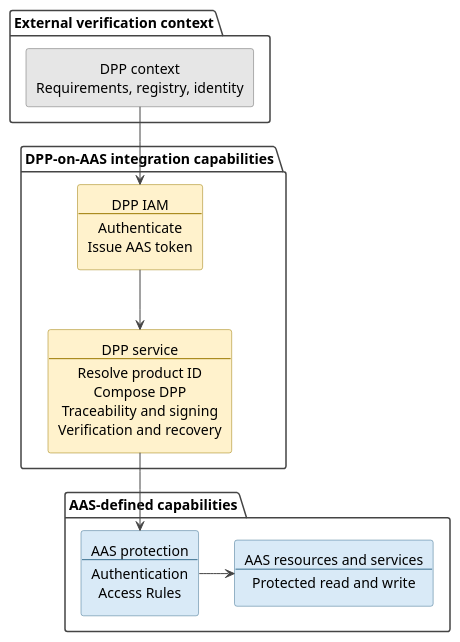
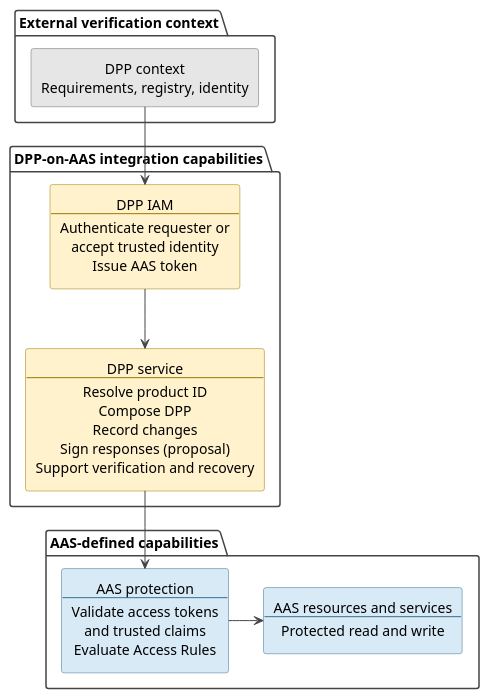
One commit to Martin187187/aas-specs-security changed the diagram in documentation/IDTA-01004/modules/ROOT/partials/diagrams/dpp-secure-aas-backbone.puml. Above: the diagram before and after it, drawn with PlantUML. The commit also changed 5 other files, not shown here.

```diff
--- a/documentation/IDTA-01004/modules/ROOT/partials/diagrams/dpp-secure-aas-backbone.puml
+++ b/documentation/IDTA-01004/modules/ROOT/partials/diagrams/dpp-secure-aas-backbone.puml
@@ -1,48 +1,48 @@
 @startuml
 ' Copyright (c) 2026 Industrial Digital Twin Association
 ' SPDX-License-Identifier: CC-BY-4.0
 
 top to bottom direction
 skinparam shadowing false
 skinparam componentStyle rectangle
 skinparam defaultTextAlignment center
 skinparam ArrowColor #444444
 skinparam linetype ortho
 skinparam package {
   BackgroundColor #FFFFFF
   BorderColor #444444
 }
 skinparam component {
   BackgroundColor #FFFFFF
   BorderColor #444444
   BackgroundColor<<AAS>> #D9EAF7
   BorderColor<<AAS>> #3A6F8F
   BackgroundColor<<DPPIntegration>> #FFF2CC
   BorderColor<<DPPIntegration>> #9C7A00
   BackgroundColor<<External>> #E6E6E6
   BorderColor<<External>> #666666
 }
 hide stereotype
 
 package "External verification context" as ExternalArea {
   component "DPP context\nRequirements, registry, identity" as Context <<External>>
 }
 
 package "DPP-on-AAS integration capabilities" as DPPArea {
-  component "DPP IAM\n--\nAuthenticate\nIssue AAS token" as DPPIam <<DPPIntegration>>
-  component "DPP service\n--\nResolve product ID\nCompose DPP\nTraceability and signing\nVerification and recovery" as DPPService <<DPPIntegration>>
+  component "DPP IAM\n--\nAuthenticate requester or\naccept trusted identity\nIssue AAS token" as DPPIam <<DPPIntegration>>
+  component "DPP service\n--\nResolve product ID\nCompose DPP\nRecord changes\nSign responses (proposal)\nSupport verification and recovery" as DPPService <<DPPIntegration>>
 
   DPPIam -down-> DPPService
 }
 
 package "AAS-defined capabilities" as AASArea {
-  component "AAS protection\n--\nAuthentication\nAccess Rules" as Security <<AAS>>
+  component "AAS protection\n--\nValidate access tokens\nand trusted claims\nEvaluate Access Rules" as Security <<AAS>>
   component "AAS resources and services\n--\nProtected read and write" as AASResources <<AAS>>
 
   Security -right-> AASResources
 }
 
 Context -down-> DPPIam
 DPPService -down-> Security
 
 @enduml
```
